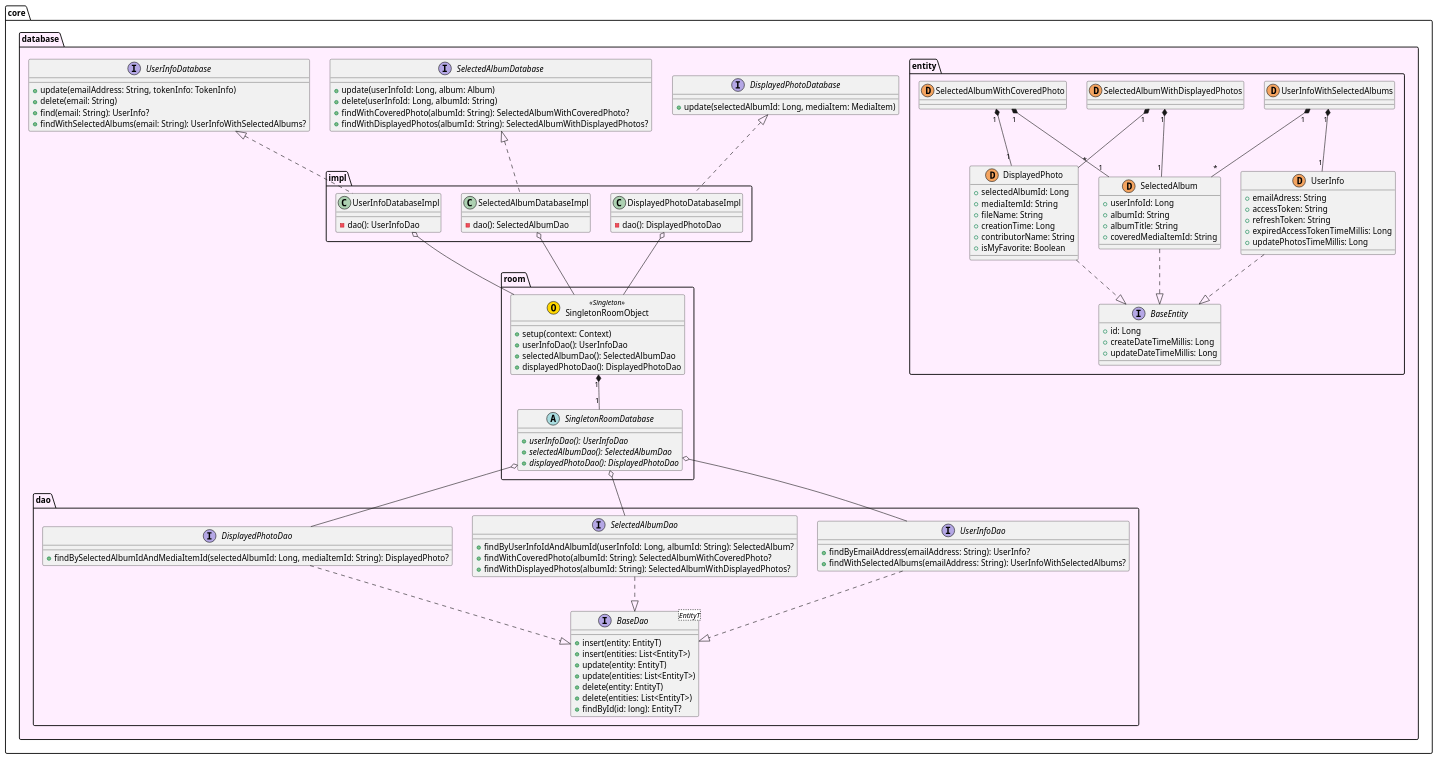
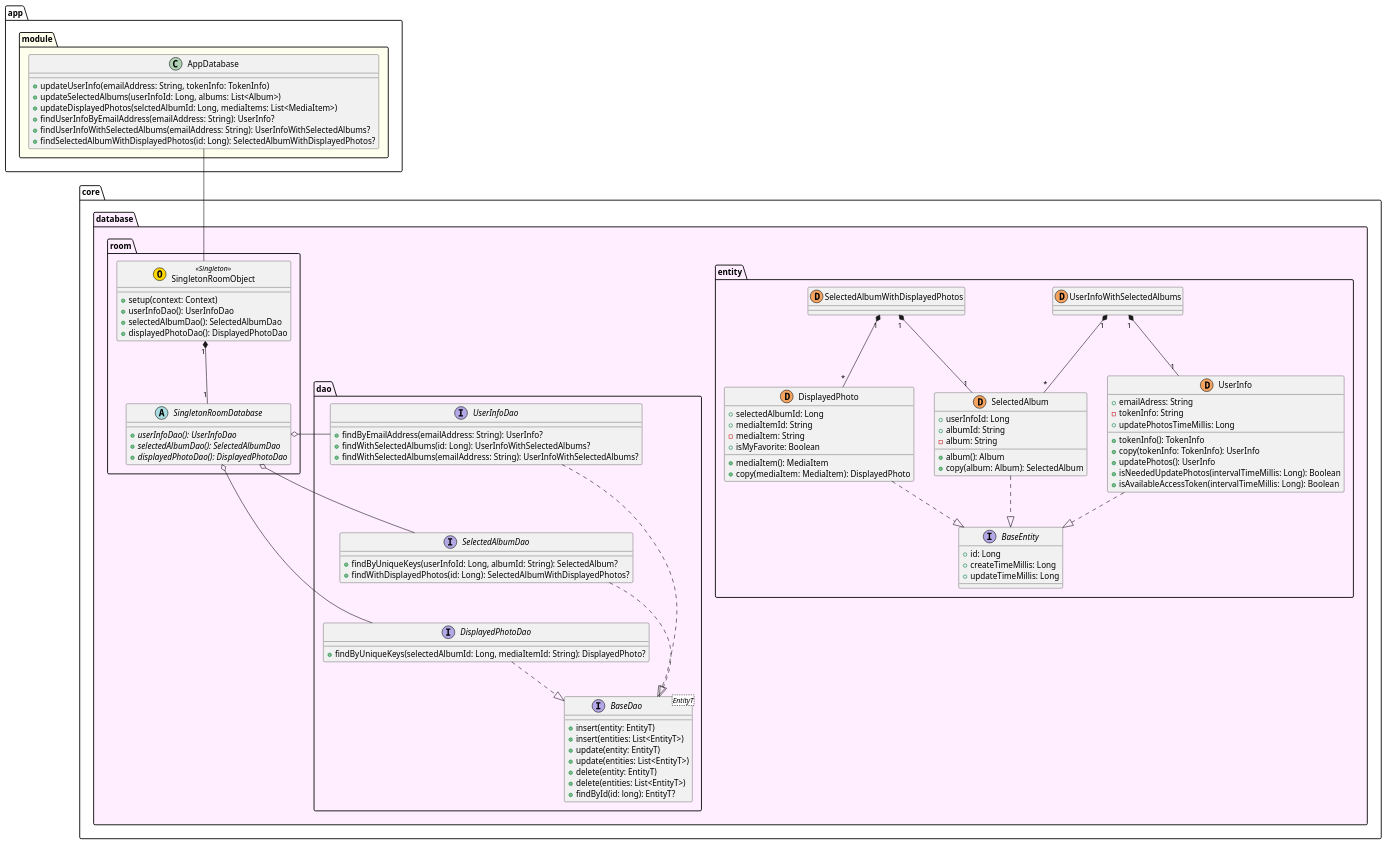
Before and after one commit to sallyluenoa/PhotoSlideShow: the diagram in uml/database/class_diagram_database.md, drawn with PlantUML. The commit also changed 2 other files, not shown here.

Commit message:
Write UML for design #13
* Update database design.

```diff
--- a/uml/database/class_diagram_database.md
+++ b/uml/database/class_diagram_database.md
@@ -4,44 +4,76 @@
   namespace entity {
     interface BaseEntity {
       + id: Long
-      + createDateTimeMillis: Long
-      + updateDateTimeMillis: Long
+      + createTimeMillis: Long
+      + updateTimeMillis: Long
     }
     class UserInfo << (D, sandybrown) >> {
       + emailAdress: String
-      + accessToken: String
-      + refreshToken: String
-      + expiredAccessTokenTimeMillis: Long
+      - tokenInfo: String
       + updatePhotosTimeMillis: Long
+      + tokenInfo(): TokenInfo
+      + copy(tokenInfo: TokenInfo): UserInfo
+      + updatePhotos(): UserInfo
+      + isNeededUpdatePhotos(intervalTimeMillis: Long): Boolean
+      + isAvailableAccessToken(intervalTimeMillis: Long): Boolean
     }
     class SelectedAlbum << (D, sandybrown) >> {
       + userInfoId: Long
       + albumId: String
-      + albumTitle: String
-      + coveredMediaItemId: String
+      - album: String
+      + album(): Album
+      + copy(album: Album): SelectedAlbum
     }
     class DisplayedPhoto << (D, sandybrown) >> {
       + selectedAlbumId: Long
       + mediaItemId: String
-      + fileName: String
-      + creationTime: Long
-      + contributorName: String
+      - mediaItem: String
       + isMyFavorite: Boolean
+      + mediaItem(): MediaItem
+      + copy(mediaItem: MediaItem): DisplayedPhoto
     }
     class UserInfoWithSelectedAlbums << (D, sandybrown) >>
     class SelectedAlbumWithDisplayedPhotos << (D, sandybrown) >>
-    class SelectedAlbumWithCoveredPhoto << (D, sandybrown) >>
 
-    UserInfo .down.|> BaseEntity
-    SelectedAlbum .down.|> BaseEntity
-    DisplayedPhoto .down.|> BaseEntity
+    UserInfo ..|> BaseEntity
+    SelectedAlbum ..|> BaseEntity
+    DisplayedPhoto ..|> BaseEntity
 
-    UserInfoWithSelectedAlbums "1" *-down- "1" UserInfo
-    UserInfoWithSelectedAlbums "1" *-down- "*" SelectedAlbum
-    SelectedAlbumWithDisplayedPhotos "1" *-down- "1" SelectedAlbum
-    SelectedAlbumWithDisplayedPhotos "1" *-down- "*" DisplayedPhoto
-    SelectedAlbumWithCoveredPhoto "1" *-down- "1" SelectedAlbum
-    SelectedAlbumWithCoveredPhoto "1" *-down- "1" DisplayedPhoto
+    UserInfoWithSelectedAlbums "1" *-- "1" UserInfo
+    UserInfoWithSelectedAlbums "1" *-- "*" SelectedAlbum
+    SelectedAlbumWithDisplayedPhotos "1" *-- "1" SelectedAlbum
+    SelectedAlbumWithDisplayedPhotos "1" *-- "*" DisplayedPhoto
+  }
+
+  namespace dao {
+    interface BaseDao<EntityT> {
+      + insert(entity: EntityT)
+      + insert(entities: List<EntityT>)
+      + update(entity: EntityT)
+      + update(entities: List<EntityT>)
+      + delete(entity: EntityT)
+      + delete(entities: List<EntityT>)
+      + findById(id: long): EntityT?
+    }
+    interface UserInfoDao {
+      + findByEmailAddress(emailAddress: String): UserInfo?
+      + findWithSelectedAlbums(id: Long): UserInfoWithSelectedAlbums?
+      + findWithSelectedAlbums(emailAddress: String): UserInfoWithSelectedAlbums?
+    }
+    interface SelectedAlbumDao {
+      + findByUniqueKeys(userInfoId: Long, albumId: String): SelectedAlbum?
+      + findWithDisplayedPhotos(id: Long): SelectedAlbumWithDisplayedPhotos?
+    }
+    interface DisplayedPhotoDao {
+      + findByUniqueKeys(selectedAlbumId: Long, mediaItemId: String): DisplayedPhoto?
+    }
+
+    UserInfoDao ..|> BaseDao
+    SelectedAlbumDao ..|> BaseDao
+    DisplayedPhotoDao ..|> BaseDao
+
+    UserInfoDao -[hidden]-> SelectedAlbumDao
+    SelectedAlbumDao -[hidden]-> DisplayedPhotoDao
   }
 
   namespace room {
@@ -59,74 +91,23 @@
 
     SingletonRoomObject "1" *-down- "1" SingletonRoomDatabase
   }
-
-  namespace dao {
-    interface BaseDao<EntityT> {
-      + insert(entity: EntityT)
-      + insert(entities: List<EntityT>)
-      + update(entity: EntityT)
-      + update(entities: List<EntityT>)
-      + delete(entity: EntityT)
-      + delete(entities: List<EntityT>)
-      + findById(id: long): EntityT?
-    }
-    interface UserInfoDao {
-      + findByEmailAddress(emailAddress: String): UserInfo?
-      + findWithSelectedAlbums(emailAddress: String): UserInfoWithSelectedAlbums?
-    }
-    interface SelectedAlbumDao {
-      + findByUserInfoIdAndAlbumId(userInfoId: Long, albumId: String): SelectedAlbum?
-      + findWithCoveredPhoto(albumId: String): SelectedAlbumWithCoveredPhoto?
-      + findWithDisplayedPhotos(albumId: String): SelectedAlbumWithDisplayedPhotos?
-    }
-    interface DisplayedPhotoDao {
-      + findBySelectedAlbumIdAndMediaItemId(selectedAlbumId: Long, mediaItemId: String): DisplayedPhoto?
-    }
-
-    UserInfoDao ..|> BaseDao
-    SelectedAlbumDao ..|> BaseDao
-    DisplayedPhotoDao ..|> BaseDao
-  }
-
-  namespace impl {
-    class UserInfoDatabaseImpl {
-      - dao(): UserInfoDao
-    }
-    class SelectedAlbumDatabaseImpl {
-      - dao(): SelectedAlbumDao
-    }
-    class DisplayedPhotoDatabaseImpl {
-      - dao(): DisplayedPhotoDao
-    }
-  }
-
-  interface UserInfoDatabase {
-    + update(emailAddress: String, tokenInfo: TokenInfo)
-    + delete(email: String)
-    + find(email: String): UserInfo?
-    + findWithSelectedAlbums(email: String): UserInfoWithSelectedAlbums?
-  }
-  interface SelectedAlbumDatabase {
-    + update(userInfoId: Long, album: Album)
-    + delete(userInfoId: Long, albumId: String)
-    + findWithCoveredPhoto(albumId: String): SelectedAlbumWithCoveredPhoto?
-    + findWithDisplayedPhotos(albumId: String): SelectedAlbumWithDisplayedPhotos?
-  }
-  interface DisplayedPhotoDatabase {
-    + update(selectedAlbumId: Long, mediaItem: MediaItem)
-  }
 }
 
-core.database.impl.UserInfoDatabaseImpl .up.|> core.database.UserInfoDatabase
-core.database.impl.SelectedAlbumDatabaseImpl .up.|> core.database.SelectedAlbumDatabase
-core.database.impl.DisplayedPhotoDatabaseImpl .up.|> core.database.DisplayedPhotoDatabase
+namespace app.module #FFFFEE {
+    class AppDatabase {
+      + updateUserInfo(emailAddress: String, tokenInfo: TokenInfo)
+      + updateSelectedAlbums(userInfoId: Long, albums: List<Album>)
+      + updateDisplayedPhotos(selctedAlbumId: Long, mediaItems: List<MediaItem>)
+      + findUserInfoByEmailAddress(emailAddress: String): UserInfo?
+      + findUserInfoWithSelectedAlbums(emailAddress: String): UserInfoWithSelectedAlbums?
+      + findSelectedAlbumWithDisplayedPhotos(id: Long): SelectedAlbumWithDisplayedPhotos?
+    }
+}
 
-core.database.impl.UserInfoDatabaseImpl o-down- core.database.room.SingletonRoomObject
-core.database.impl.SelectedAlbumDatabaseImpl o-down- core.database.room.SingletonRoomObject
-core.database.impl.DisplayedPhotoDatabaseImpl o-down- core.database.room.SingletonRoomObject
+core.database.room.SingletonRoomDatabase o-right- core.database.dao.UserInfoDao
+core.database.room.SingletonRoomDatabase o-right- core.database.dao.SelectedAlbumDao
+core.database.room.SingletonRoomDatabase o-right- core.database.dao.DisplayedPhotoDao
 
-core.database.room.SingletonRoomDatabase o-down- core.database.dao.UserInfoDao
-core.database.room.SingletonRoomDatabase o-down- core.database.dao.SelectedAlbumDao
-core.database.room.SingletonRoomDatabase o-down- core.database.dao.DisplayedPhotoDao
+app.module.AppDatabase -- core.database.room.SingletonRoomObject
 
 @enduml
```
